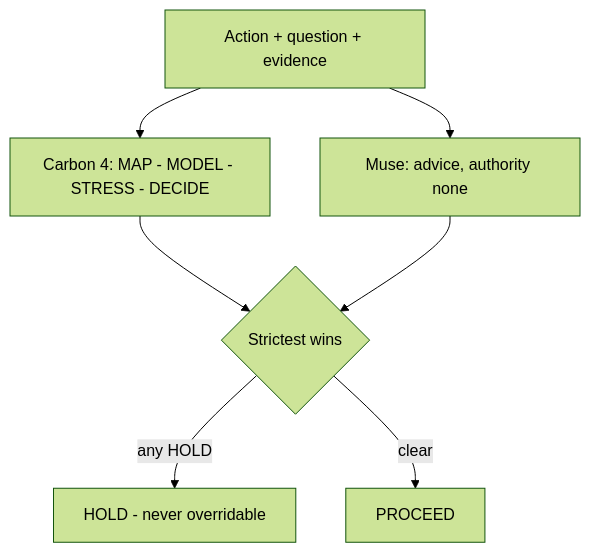
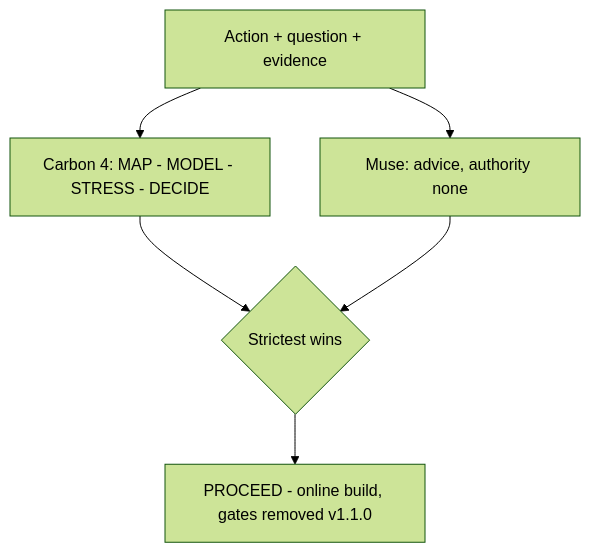
Before and after one commit to kimanicollier44-cmyk/LLM-X-NetLab: the eighth of 18 diagrams in README.md, drawn with Mermaid (forest theme). The commit also changed other lines of this file and 11 other files, not shown here.

Commit message:
v1.1.0 ONLINE: live sockets (ping/scan/trace/connect/dns/http/geo), HOLD gates removed, council reviews without refusing

````diff
--- a/README.md
+++ b/README.md
@@ -173,9 +184,8 @@
 ```mermaid
 flowchart TD
     REQ[Action + question + evidence] --> C4[Carbon 4: MAP - MODEL - STRESS - DECIDE]
     REQ --> MU[Muse: advice, authority none]
     C4 --> V{Strictest wins}
     MU --> V
-    V -->|any HOLD| HOLD[HOLD - never overridable]
-    V -->|clear| PRO[PROCEED]
+    V --> PRO[PROCEED - online build, gates removed v1.1.0]
 ```
````
